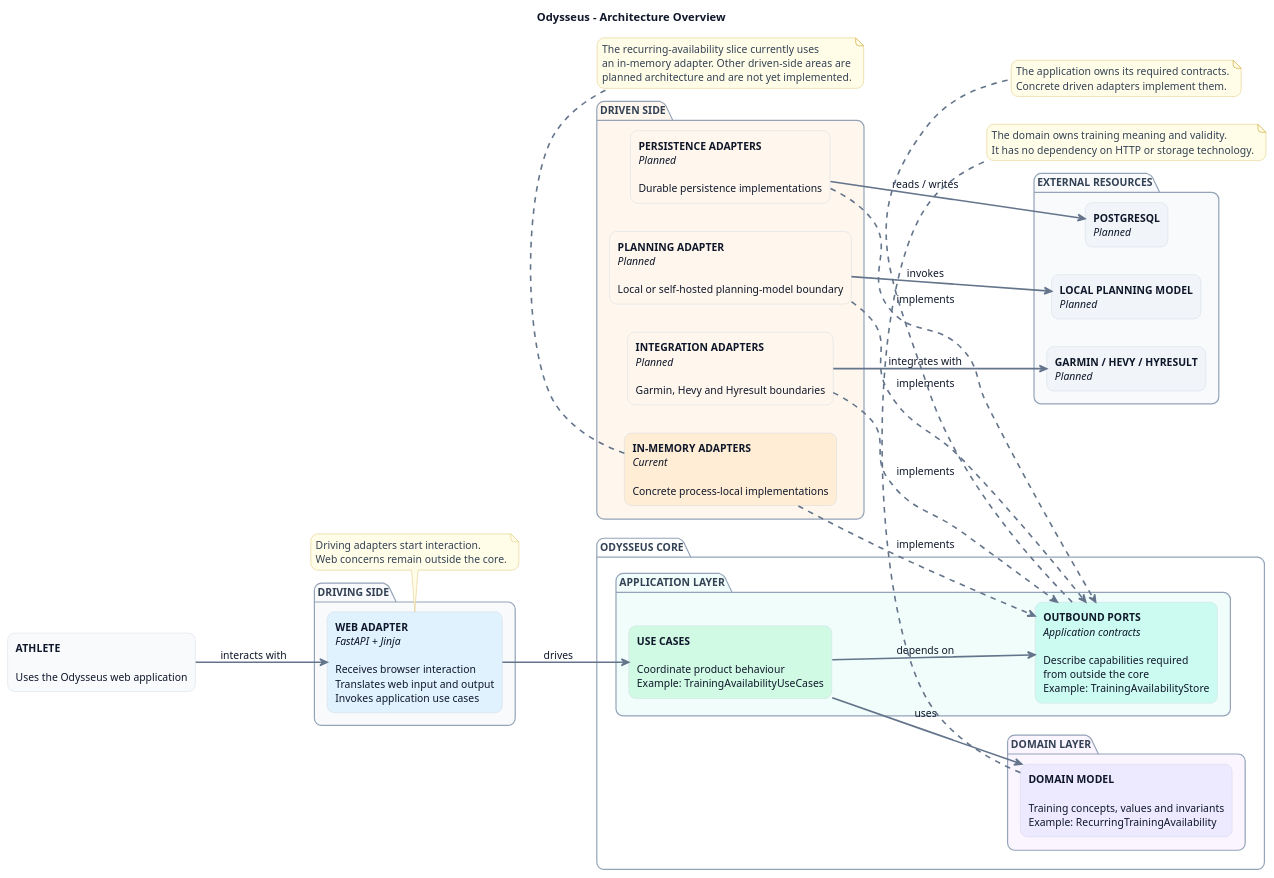
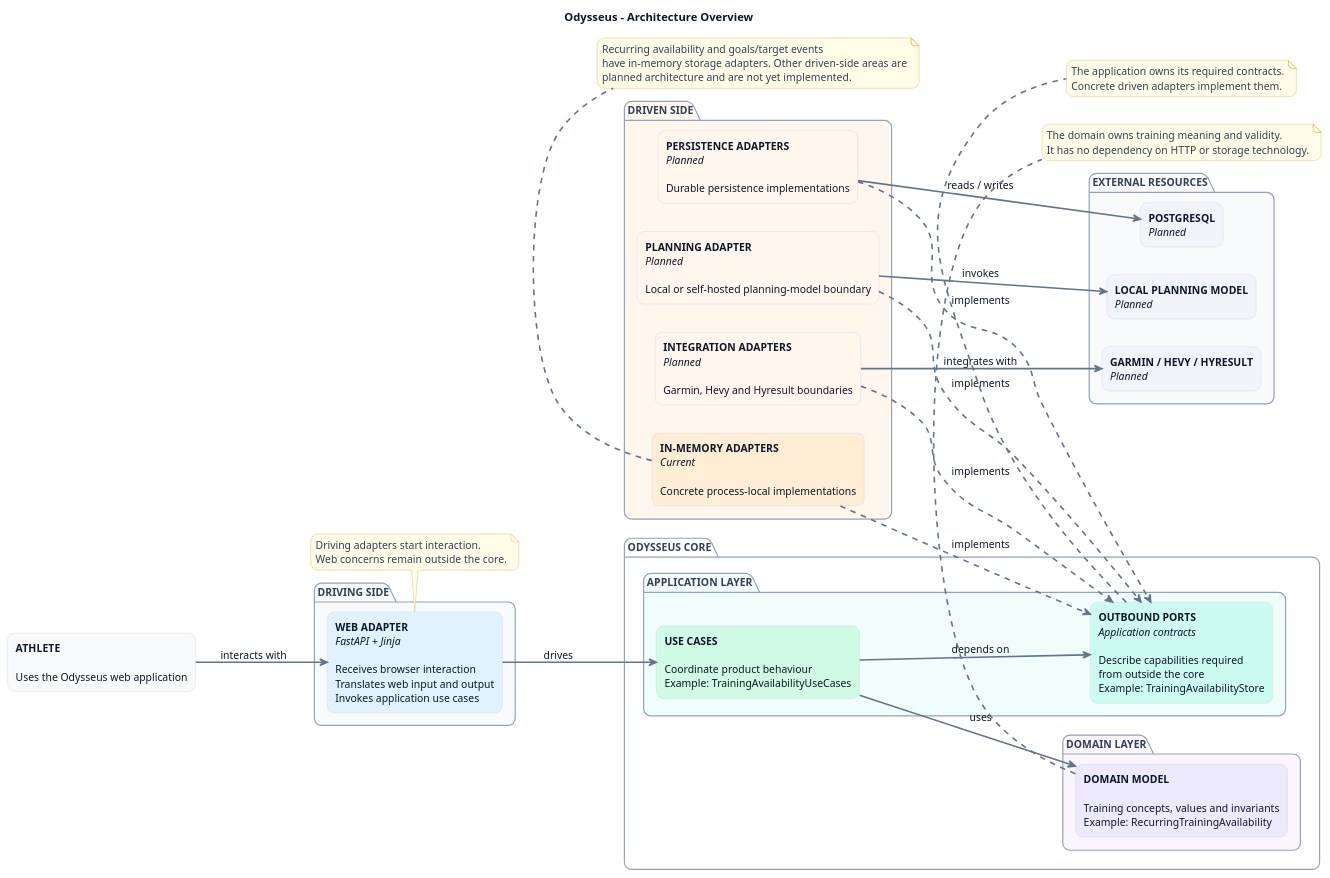
Before and after one commit to RedFrosty2/MC-portfolio: the diagram in apps/Odysseus/docs/architecture/diagrams/architecture-overview.puml, drawn with PlantUML. The commit also changed 28 other files, not shown here.

```diff
--- a/apps/Odysseus/docs/architecture/diagrams/architecture-overview.puml
+++ b/apps/Odysseus/docs/architecture/diagrams/architecture-overview.puml
@@ -1,103 +1,103 @@
 @startuml
 title Odysseus - Architecture Overview
 
 left to right direction
 hide empty description
 
 skinparam backgroundColor #FFFFFF
 skinparam shadowing false
 skinparam roundcorner 18
 skinparam ArrowColor #64748B
 skinparam ArrowThickness 2
 skinparam defaultFontName Arial
 skinparam defaultFontSize 13
 skinparam defaultFontColor #0F172A
 skinparam TitleFontColor #0F172A
 
 skinparam rectangle {
     BorderColor #CBD5E1
     FontColor #0F172A
 }
 
 skinparam package {
     BorderColor #94A3B8
     FontColor #334155
 }
 
 skinparam note {
     BackgroundColor #FFFDE7
     BorderColor #D6B656
     FontColor #334155
 }
 
 
 rectangle "<b>ATHLETE</b>\n\nUses the Odysseus web application" as Athlete #F8FAFC
 
 package "DRIVING SIDE" #F8FAFC {
     rectangle "<b>WEB ADAPTER</b>\n<i>FastAPI + Jinja</i>\n\nReceives browser interaction\nTranslates web input and output\nInvokes application use cases" as Web #E0F2FE
 }
 
 package "ODYSSEUS CORE" #FFFFFF {
     package "APPLICATION LAYER" #F0FDFA {
         rectangle "<b>USE CASES</b>\n\nCoordinate product behaviour\nExample: TrainingAvailabilityUseCases" as UseCases #D1FAE5
 
         rectangle "<b>OUTBOUND PORTS</b>\n<i>Application contracts</i>\n\nDescribe capabilities required\nfrom outside the core\nExample: TrainingAvailabilityStore" as Ports #CCFBF1
     }
 
     package "DOMAIN LAYER" #FAF5FF {
         rectangle "<b>DOMAIN MODEL</b>\n\nTraining concepts, values and invariants\nExample: RecurringTrainingAvailability" as Domain #EDE9FE
     }
 }
 
 package "DRIVEN SIDE" #FFF7ED {
     rectangle "<b>IN-MEMORY ADAPTERS</b>\n<i>Current</i>\n\nConcrete process-local implementations" as MemoryAdapters #FFEDD5
 
     rectangle "<b>PERSISTENCE ADAPTERS</b>\n<i>Planned</i>\n\nDurable persistence implementations" as PersistenceAdapters #FFF7ED
 
     rectangle "<b>PLANNING ADAPTER</b>\n<i>Planned</i>\n\nLocal or self-hosted planning-model boundary" as PlanningAdapter #FFF7ED
 
     rectangle "<b>INTEGRATION ADAPTERS</b>\n<i>Planned</i>\n\nGarmin, Hevy and Hyresult boundaries" as IntegrationAdapters #FFF7ED
 }
 
 package "EXTERNAL RESOURCES" #F8FAFC {
     rectangle "<b>POSTGRESQL</b>\n<i>Planned</i>" as Postgres #F1F5F9
     rectangle "<b>LOCAL PLANNING MODEL</b>\n<i>Planned</i>" as LocalModel #F1F5F9
     rectangle "<b>GARMIN / HEVY / HYRESULT</b>\n<i>Planned</i>" as ExternalSystems #F1F5F9
 }
 
 Athlete --> Web : interacts with
 Web --> UseCases : drives
 UseCases --> Domain : uses
 UseCases --> Ports : depends on
 
 MemoryAdapters ..> Ports : implements
 PersistenceAdapters ..> Ports : implements
 PlanningAdapter ..> Ports : implements
 IntegrationAdapters ..> Ports : implements
 
 PersistenceAdapters --> Postgres : reads / writes
 PlanningAdapter --> LocalModel : invokes
 IntegrationAdapters --> ExternalSystems : integrates with
 
 note bottom of Web
 Driving adapters start interaction.
 Web concerns remain outside the core.
 end note
 
 note bottom of Ports
 The application owns its required contracts.
 Concrete driven adapters implement them.
 end note
 
 note bottom of Domain
 The domain owns training meaning and validity.
 It has no dependency on HTTP or storage technology.
 end note
 
 note bottom of MemoryAdapters
-The recurring-availability slice currently uses
-an in-memory adapter. Other driven-side areas are
+Recurring availability and goals/target events
+have in-memory storage adapters. Other driven-side areas are
 planned architecture and are not yet implemented.
 end note
 
 @enduml
```
